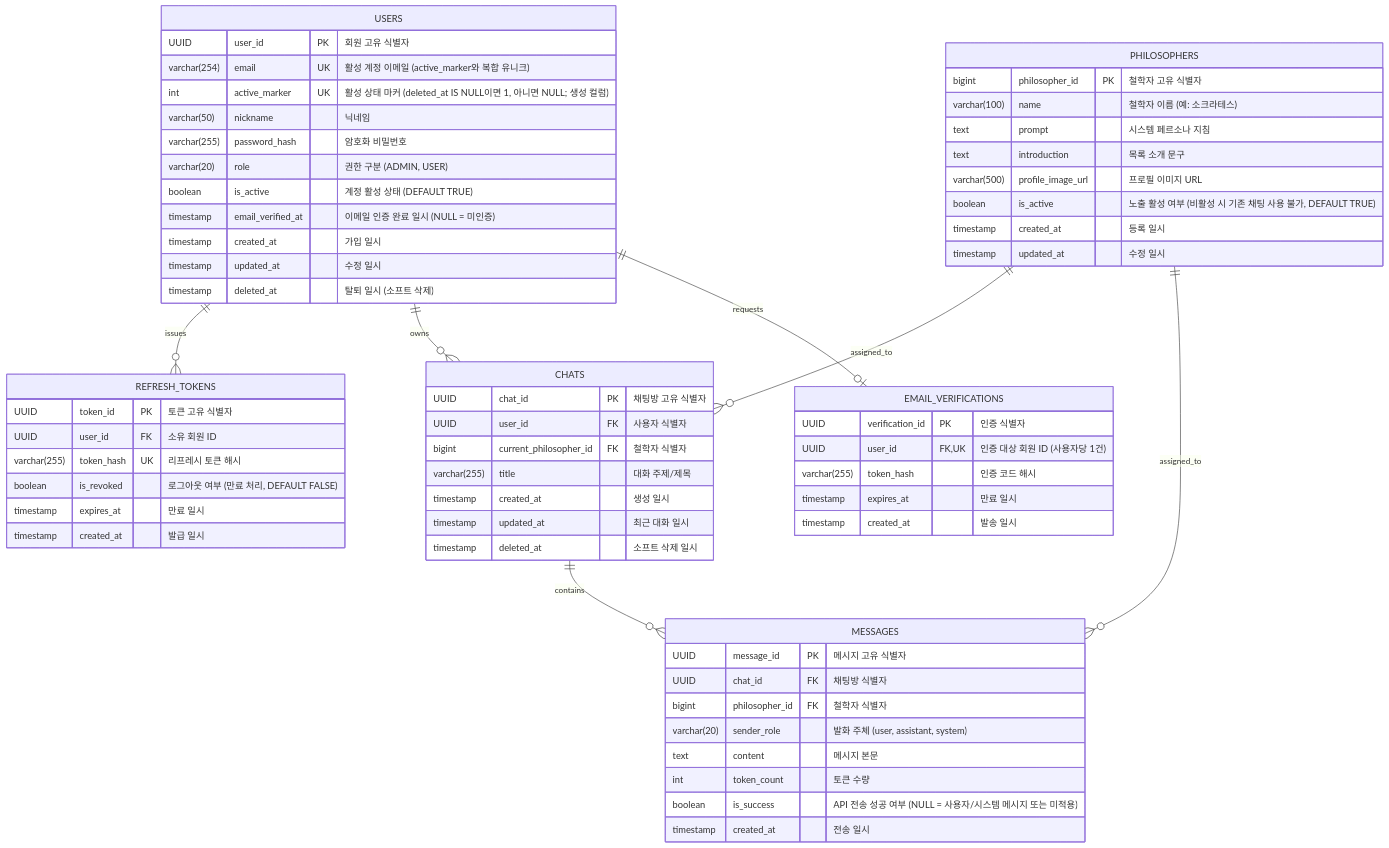
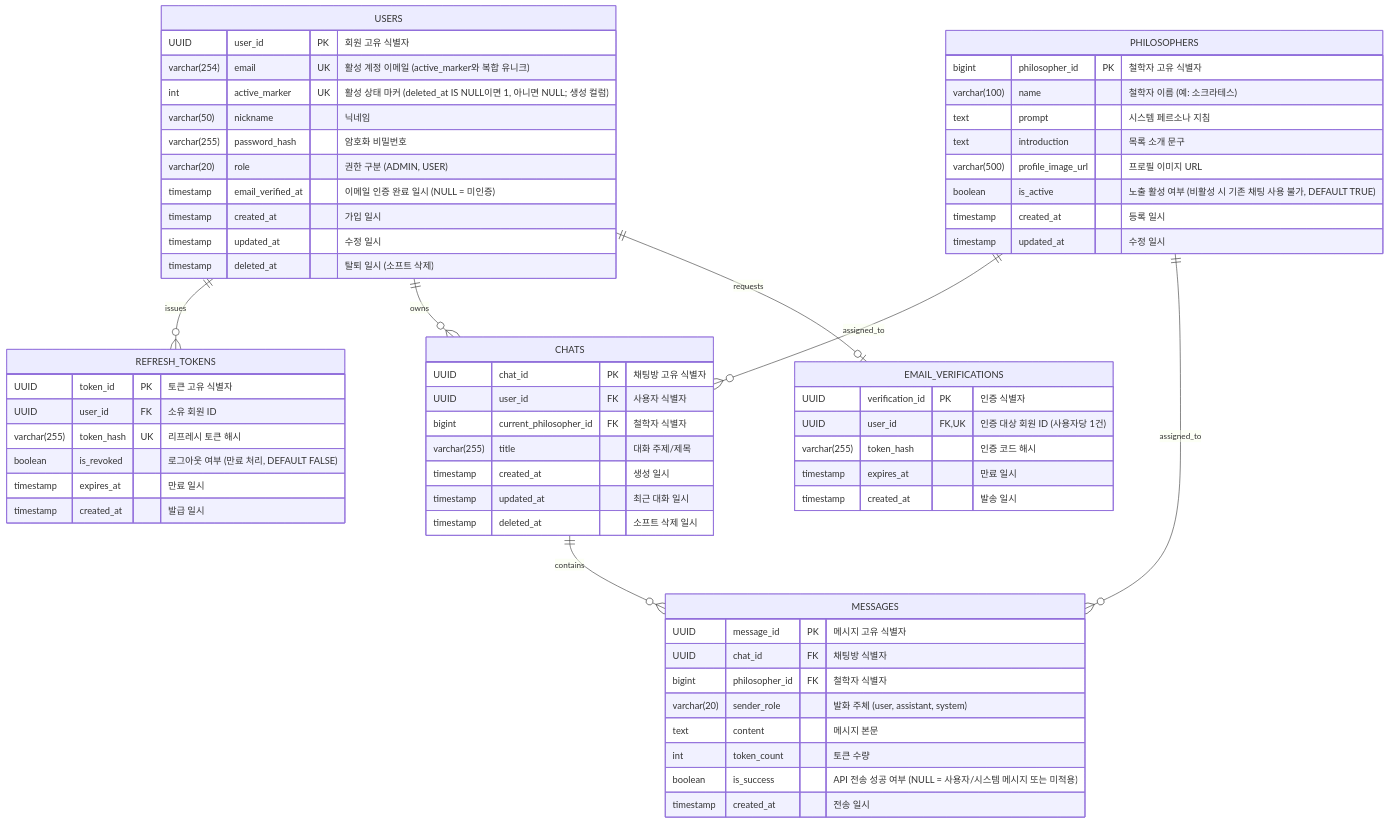
The diagram in docs/erd.md (cody-b7-1/b7-1), drawn with Mermaid before and after one commit. The commit also changed 6 other files, not shown here.

````diff
--- a/docs/erd.md
+++ b/docs/erd.md
@@ -3,72 +3,71 @@
 ```mermaid
 erDiagram
     USERS ||--o{ REFRESH_TOKENS : "issues"
     USERS ||--o{ CHATS : "owns"
     USERS ||--o| EMAIL_VERIFICATIONS : "requests"
     PHILOSOPHERS ||--o{ CHATS : "assigned_to"
     PHILOSOPHERS ||--o{ MESSAGES : "assigned_to"
     CHATS ||--o{ MESSAGES : "contains"
 
     USERS {
         UUID user_id PK "회원 고유 식별자"
         varchar(254) email UK "활성 계정 이메일 (active_marker와 복합 유니크)"
         int active_marker UK "활성 상태 마커 (deleted_at IS NULL이면 1, 아니면 NULL; 생성 컬럼)"
         varchar(50) nickname "닉네임"
         varchar(255) password_hash "암호화 비밀번호"
         varchar(20) role "권한 구분 (ADMIN, USER)"
-        boolean is_active "계정 활성 상태 (DEFAULT TRUE)"
         timestamp email_verified_at "이메일 인증 완료 일시 (NULL = 미인증)"
         timestamp created_at "가입 일시"
         timestamp updated_at "수정 일시"
         timestamp deleted_at "탈퇴 일시 (소프트 삭제)"
     }
 
     EMAIL_VERIFICATIONS {
         UUID verification_id PK "인증 식별자"
         UUID user_id FK, UK "인증 대상 회원 ID (사용자당 1건)"
         varchar(255) token_hash "인증 코드 해시"
         timestamp expires_at "만료 일시"
         timestamp created_at "발송 일시"
     }
 
     REFRESH_TOKENS {
         UUID token_id PK "토큰 고유 식별자"
         UUID user_id FK "소유 회원 ID"
         varchar(255) token_hash UK "리프레시 토큰 해시"
         boolean is_revoked "로그아웃 여부 (만료 처리, DEFAULT FALSE)"
         timestamp expires_at "만료 일시"
         timestamp created_at "발급 일시"
     }
 
     PHILOSOPHERS {
         bigint philosopher_id PK "철학자 고유 식별자"
         varchar(100) name "철학자 이름 (예: 소크라테스)"
         text prompt "시스템 페르소나 지침"
         text introduction "목록 소개 문구"
         varchar(500) profile_image_url "프로필 이미지 URL"
         boolean is_active "노출 활성 여부 (비활성 시 기존 채팅 사용 불가, DEFAULT TRUE)"
         timestamp created_at "등록 일시"
         timestamp updated_at "수정 일시"
     }
 
     CHATS {
         UUID chat_id PK "채팅방 고유 식별자"
         UUID user_id FK "사용자 식별자"
         bigint current_philosopher_id FK "철학자 식별자"
         varchar(255) title "대화 주제/제목"
         timestamp created_at "생성 일시"
         timestamp updated_at "최근 대화 일시"
         timestamp deleted_at "소프트 삭제 일시"
     }
 
     MESSAGES {
         UUID message_id PK "메시지 고유 식별자"
         UUID chat_id FK "채팅방 식별자"
         bigint philosopher_id FK "철학자 식별자"
         varchar(20) sender_role "발화 주체 (user, assistant, system)"
         text content "메시지 본문"
         int token_count "토큰 수량"
         boolean is_success "API 전송 성공 여부 (NULL = 사용자/시스템 메시지 또는 미적용)"
         timestamp created_at "전송 일시"
     }
 ```
````
